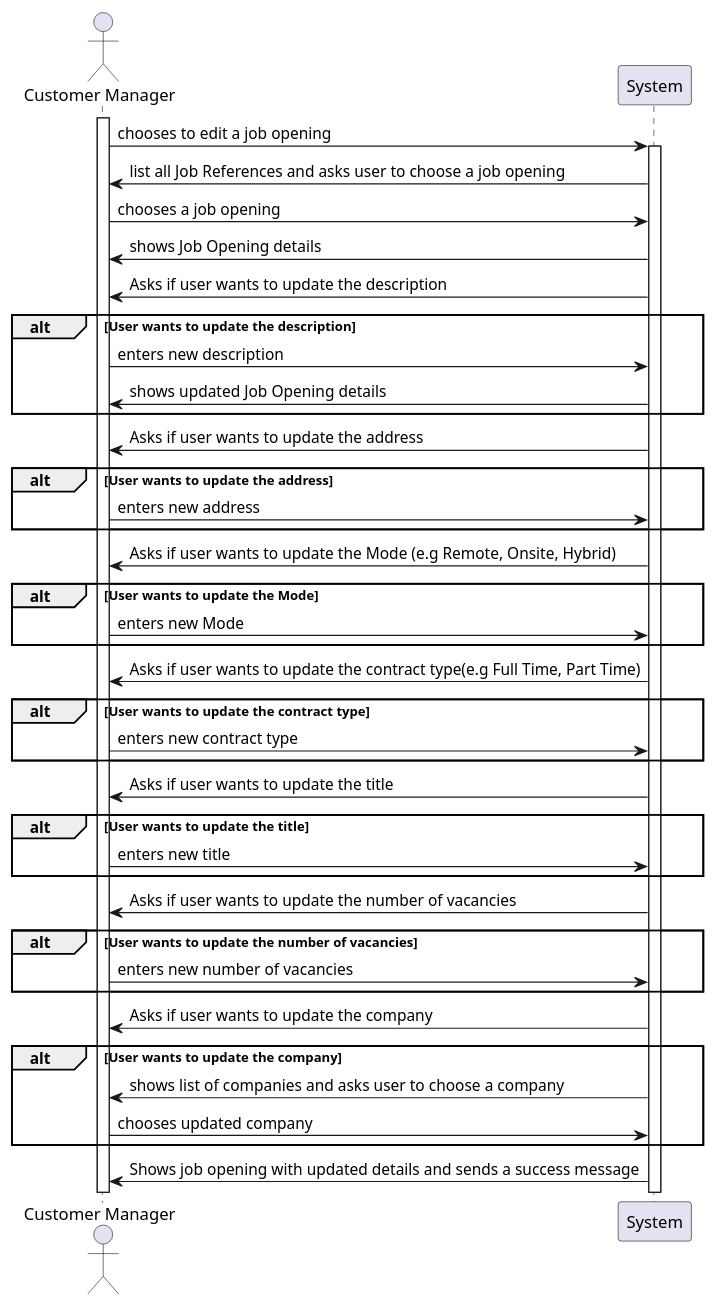
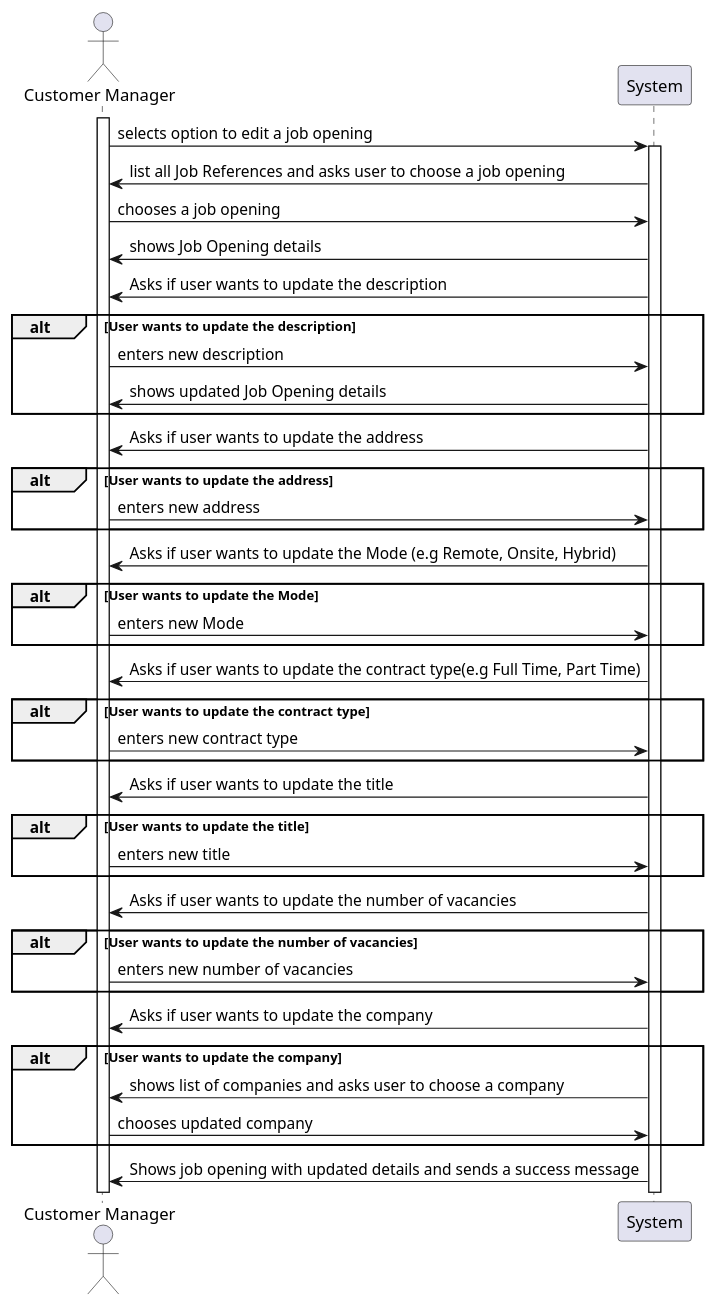
The diagram in docs/sprintC/1004/puml/1004-system-sequence-diagram.puml (marcoferreira37/Lapr4), drawn with PlantUML before and after one commit. The commit also changed 5 other files, not shown here.

Commit message:
#36 -Sequence Diagram done for US 1004

```diff
--- a/docs/sprintC/1004/puml/1004-system-sequence-diagram.puml
+++ b/docs/sprintC/1004/puml/1004-system-sequence-diagram.puml
@@ -1,55 +1,55 @@
 @startuml
 
 Actor "Customer Manager" as U
 Participant "System" as S
 
 activate U
 
-U -> S: chooses to edit a job opening
+U -> S: selects option to edit a job opening
 activate S
 S -> U : list all Job References and asks user to choose a job opening
 U -> S : chooses a job opening
 S -> U : shows Job Opening details
 S -> U : Asks if user wants to update the description
 alt User wants to update the description
     U -> S : enters new description
     S -> U : shows updated Job Opening details
 end
 S -> U : Asks if user wants to update the address
 alt User wants to update the address
     U -> S : enters new address
 end
 
 S -> U : Asks if user wants to update the Mode (e.g Remote, Onsite, Hybrid)
 alt User wants to update the Mode
     U -> S : enters new Mode
 end
 
 S -> U : Asks if user wants to update the contract type(e.g Full Time, Part Time)
 
 alt User wants to update the contract type
     U -> S : enters new contract type
 end
 
 S -> U : Asks if user wants to update the title
 
 alt User wants to update the title
     U -> S : enters new title
 end
 
 S -> U : Asks if user wants to update the number of vacancies
 
 alt User wants to update the number of vacancies
     U -> S : enters new number of vacancies
 end
 
 S -> U : Asks if user wants to update the company
 
 alt User wants to update the company
     S -> U : shows list of companies and asks user to choose a company
     U -> S : chooses updated company
 end
 
 S -> U : Shows job opening with updated details and sends a success message
 
 @enduml
```
